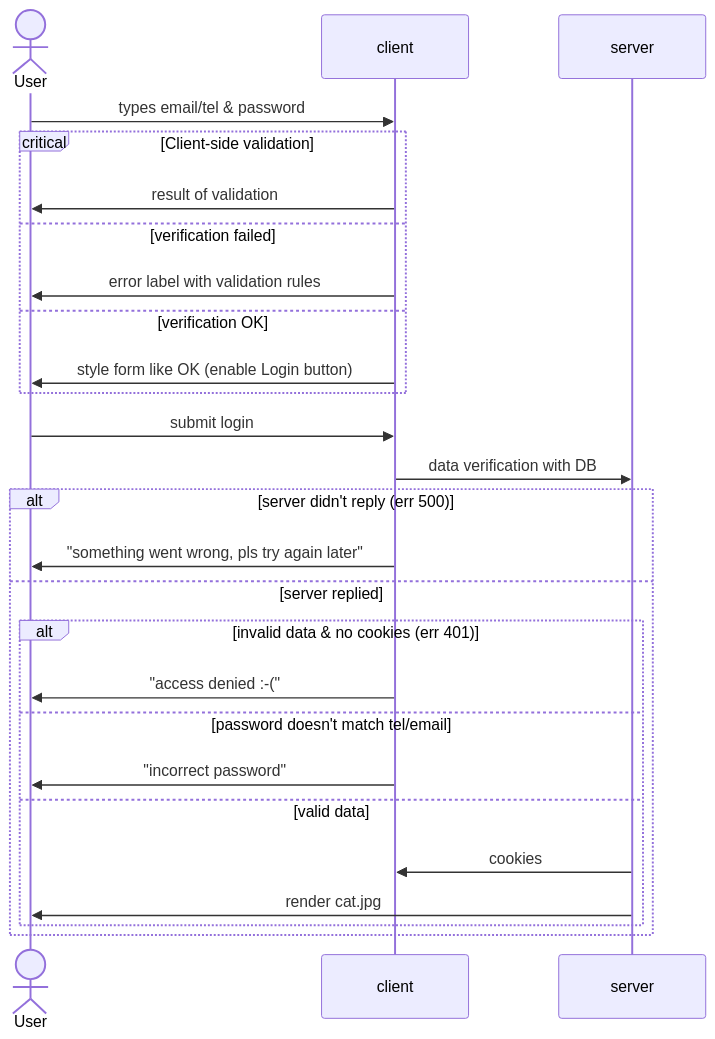
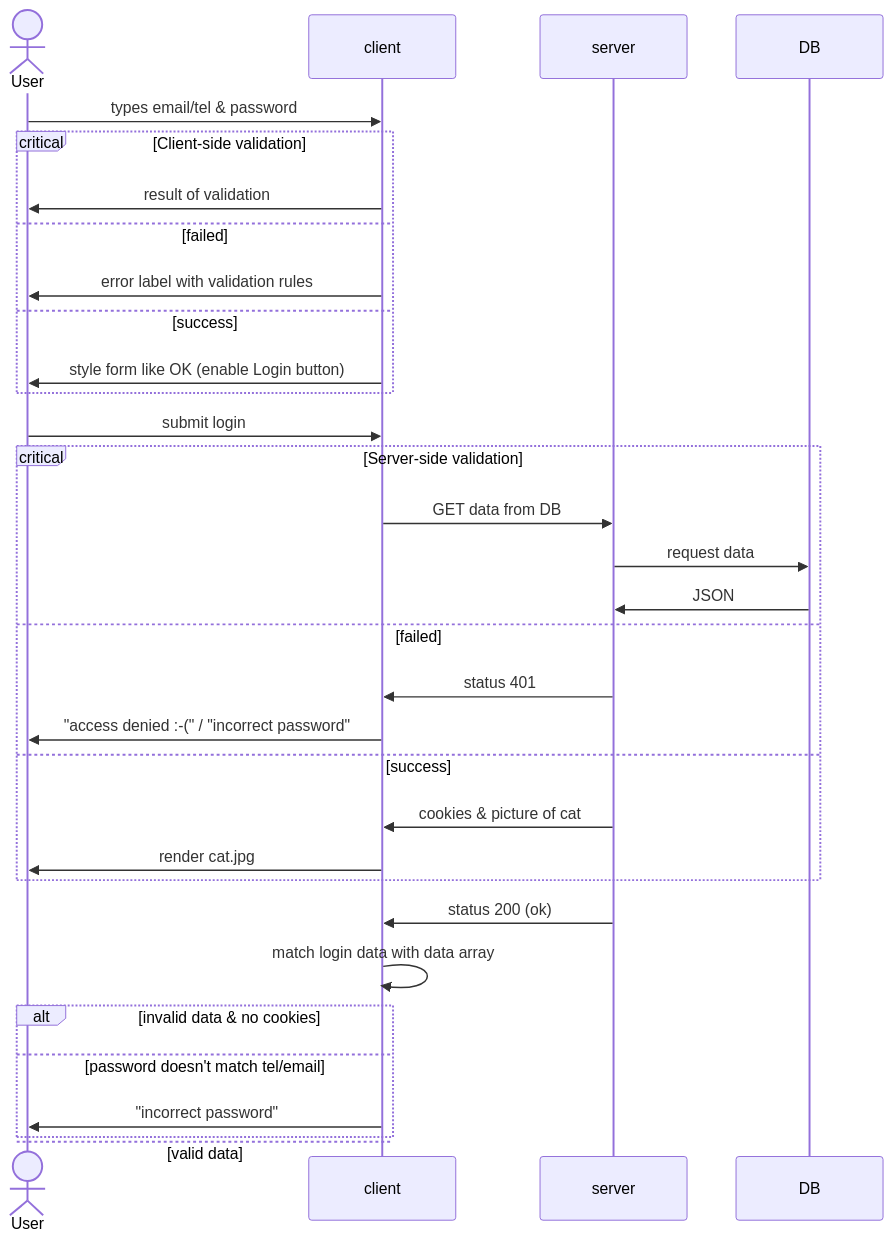
Before and after one commit to PoliGanina/ganina_rmr_hw_server: the first of 2 diagrams in mermaid.md, drawn with Mermaid. The commit also changed other lines of this file, not shown here.

Commit message:
mermaid withBD

````diff
--- a/mermaid.md
+++ b/mermaid.md
@@ -1,36 +1,44 @@
 ```mermaid
 sequenceDiagram
     %%https://mermaid-js.github.io/mermaid/#/sequenceDiagram
     actor User
     participant client
     participant server
+    participant DB
 
     User->>client: types email/tel & password 
 
     critical Client-side validation
         client->>User: result of validation
-    option verification failed
+    option failed
         client->>User: error label with validation rules
-    option verification OK
+    option success
         client->>User: style form like OK (enable Login button)
     end
 
     User->>client: submit login
 
-    client->>server: data verification with DB
+    critical Server-side validation
+        client->>server: GET data from DB
+        server->>DB: request data 
+        DB->>server: JSON
+    option failed
+        server->>client: status 401
+        client->>User: "access denied :-(" / "incorrect password"
+    option success
+        server->>client: cookies & picture of cat
+        client->>User: render cat.jpg
+    end
 
-    alt server didn't reply (err 500)
-        client->>User: "something went wrong, pls try again later"
+   
+    server->>client: status 200 (ok)
+    client->>client: match login data with data array
 
-    else server replied
-        alt invalid data & no cookies (err 401)
-            client->>User: "access denied :-("
+    alt invalid data & no cookies
+            
         else password doesn't match tel/email 
             client->>User: "incorrect password"
         else valid data
-            server->>client: cookies
-            server->>User: render cat.jpg
-        end
-    end
-    
+            
+    end    
 ```
````
